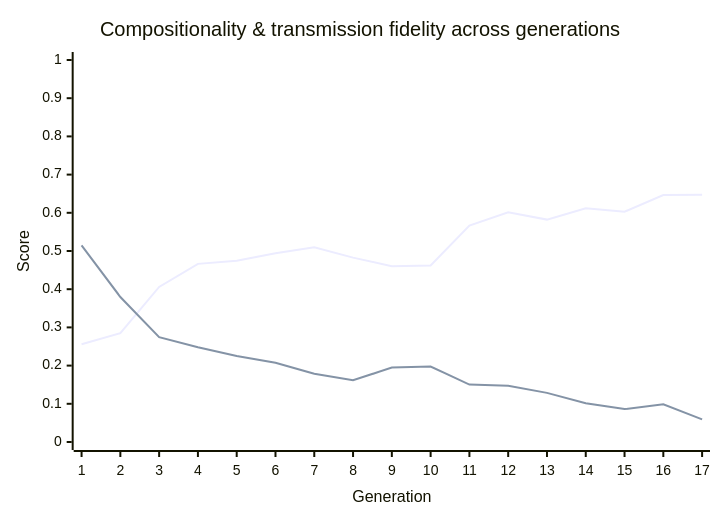
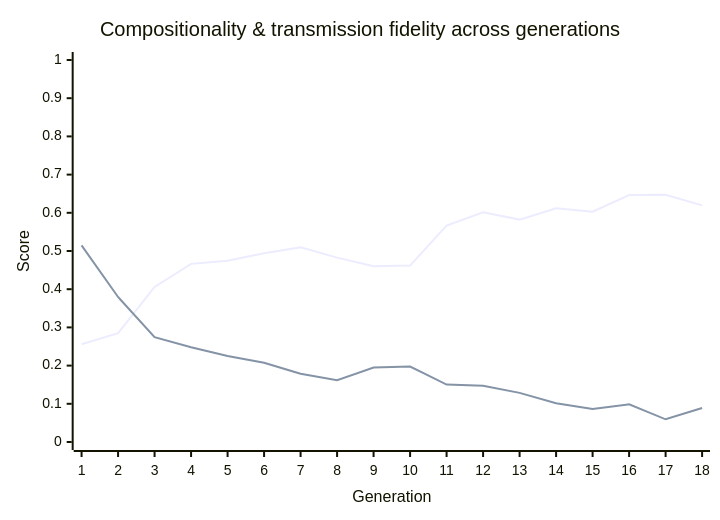
One commit to nichobbs/traditio changed the diagram in metrics/latest-report.md. Above: the diagram before and after it, drawn with Mermaid. The commit also changed other lines of this file and 1 other file, not shown here.

````diff
--- a/metrics/latest-report.md
+++ b/metrics/latest-report.md
@@ -40,8 +40,8 @@
 ```mermaid
 xychart-beta
     title "Compositionality & transmission fidelity across generations"
-    x-axis "Generation" [1, 2, 3, 4, 5, 6, 7, 8, 9, 10, 11, 12, 13, 14, 15, 16, 17]
+    x-axis "Generation" [1, 2, 3, 4, 5, 6, 7, 8, 9, 10, 11, 12, 13, 14, 15, 16, 17, 18]
     y-axis "Score" 0 --> 1
-    line "Compositionality" [0.2559, 0.2849, 0.4060, 0.4663, 0.4745, 0.4941, 0.5099, 0.4826, 0.4603, 0.4619, 0.5665, 0.6011, 0.5822, 0.6121, 0.6029, 0.6464, 0.6473]
-    line "Transmission Fidelity" [0.5148, 0.3796, 0.2746, 0.2481, 0.2251, 0.2074, 0.1785, 0.1615, 0.1949, 0.1977, 0.1504, 0.1472, 0.1286, 0.1016, 0.0861, 0.0987, 0.0594]
+    line "Compositionality" [0.2559, 0.2849, 0.4060, 0.4663, 0.4745, 0.4941, 0.5099, 0.4826, 0.4603, 0.4619, 0.5665, 0.6011, 0.5822, 0.6121, 0.6029, 0.6464, 0.6473, 0.6195]
+    line "Transmission Fidelity" [0.5148, 0.3796, 0.2746, 0.2481, 0.2251, 0.2074, 0.1785, 0.1615, 0.1949, 0.1977, 0.1504, 0.1472, 0.1286, 0.1016, 0.0861, 0.0987, 0.0594, 0.0888]
 ```
````
